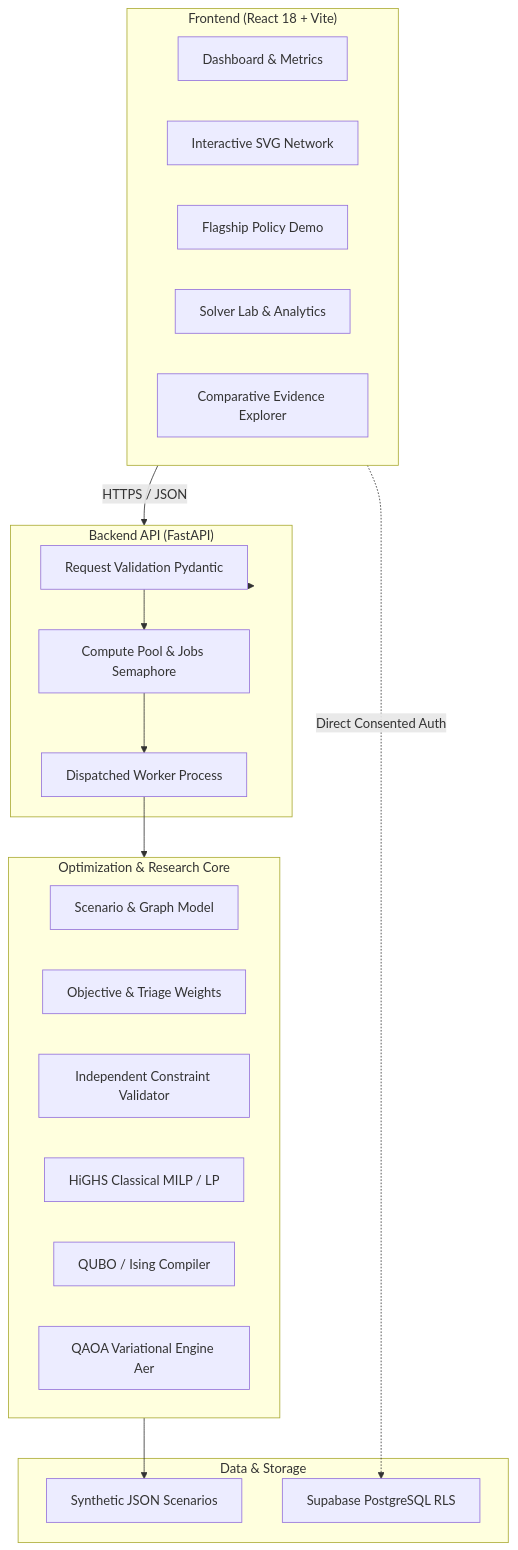
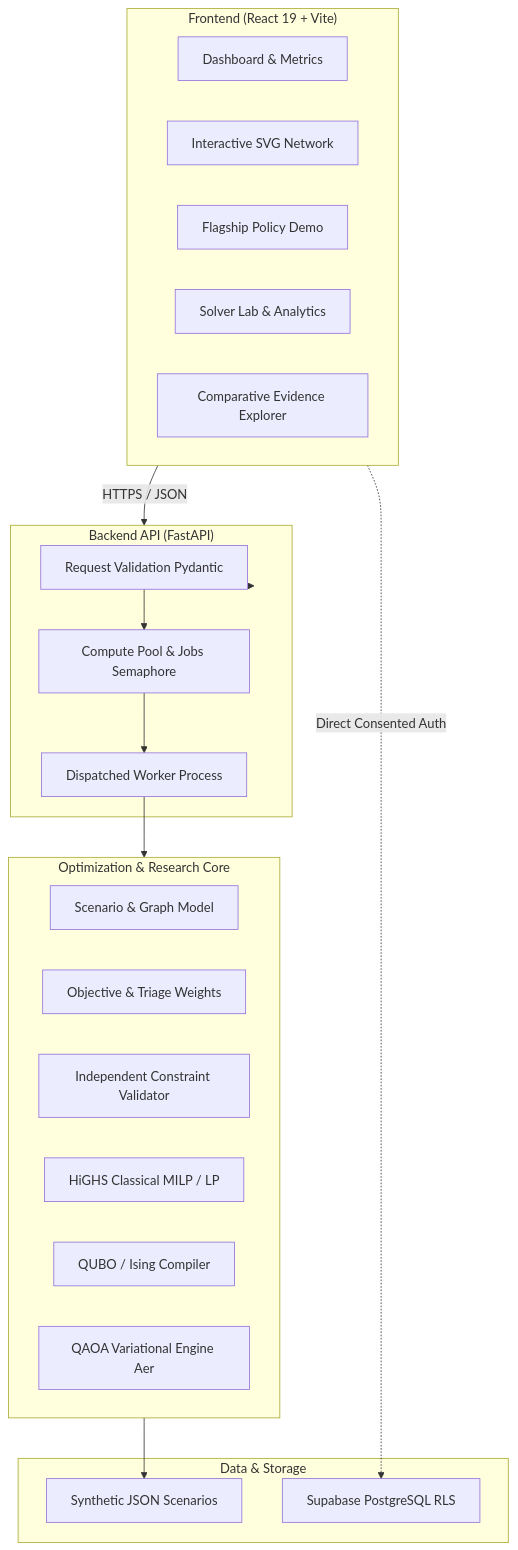
One commit to Arya99908/BloodFlow-Q changed the diagram in docs/UNIFIED_ARCHITECTURE.md. Above: the diagram before and after it, drawn with Mermaid. The commit also changed other lines of this file and 39 other files, not shown here.

````diff
--- a/docs/UNIFIED_ARCHITECTURE.md
+++ b/docs/UNIFIED_ARCHITECTURE.md
@@ -13,36 +13,36 @@
 ```mermaid
 flowchart TD
-    subgraph UI ["Frontend (React 18 + Vite)"]
+    subgraph UI ["Frontend (React 19 + Vite)"]
         A[Dashboard & Metrics]
         B[Interactive SVG Network]
         C[Flagship Policy Demo]
         D[Solver Lab & Analytics]
         E[Comparative Evidence Explorer]
     end
 
     subgraph API ["Backend API (FastAPI)"]
         F[Request Validation Pydantic]
         G[Compute Pool & Jobs Semaphore]
         H[Dispatched Worker Process]
     end
 
     subgraph Core ["Optimization & Research Core"]
         I[Scenario & Graph Model]
         J[Objective & Triage Weights]
         K[Independent Constraint Validator]
         L[HiGHS Classical MILP / LP]
         M[QUBO / Ising Compiler]
         N[QAOA Variational Engine Aer]
     end
 
     subgraph DB ["Data & Storage"]
         O[Synthetic JSON Scenarios]
         P[Supabase PostgreSQL RLS]
     end
 
     UI -->|HTTPS / JSON| API
     API --> F --> G --> H
     H --> Core
     Core --> O
     UI -.->|Direct Consented Auth| P
 ```
````
